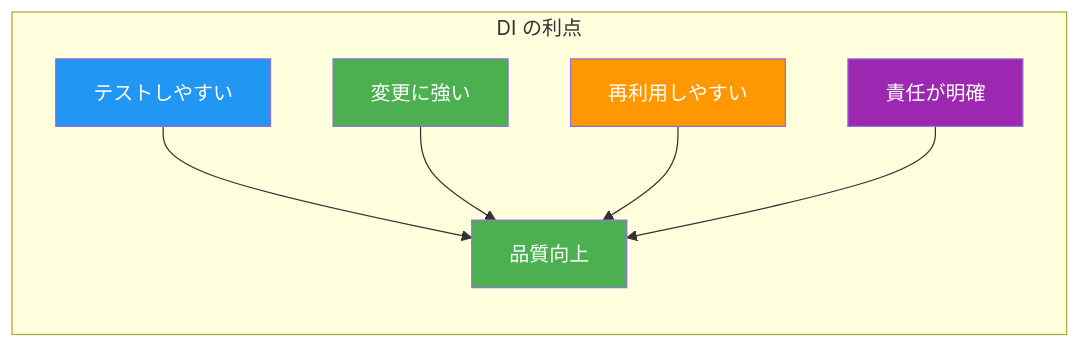
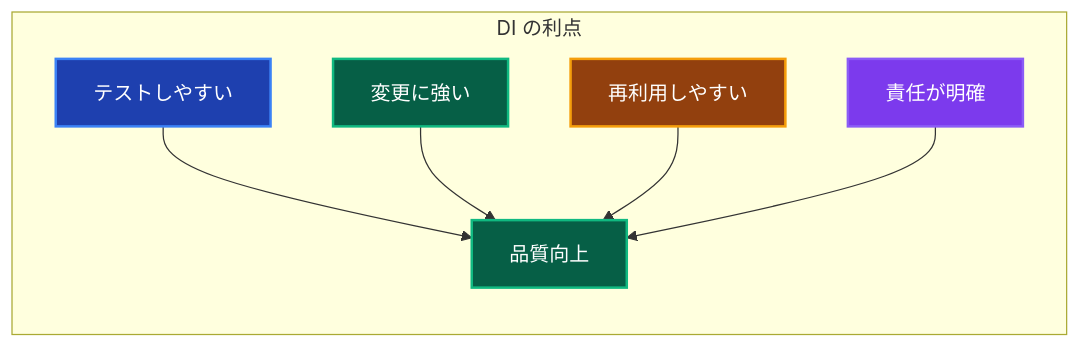
The second of 12 diagrams in _DOCS/guides/ddd/concepts/whats-di.md (derushio/d-next-ddd-example), drawn with Mermaid before and after one commit. The commit also changed other lines of this file and 31 other files, not shown here.

Commit message:
🎨: DOCSのMermaid図表カラーテーマを暗色に統一し視認性を向上

````diff
--- a/_DOCS/guides/ddd/concepts/whats-di.md
+++ b/_DOCS/guides/ddd/concepts/whats-di.md
@@ -99,15 +99,15 @@
 ```mermaid
 graph LR
     subgraph "DI の利点"
         A[テストしやすい] --> D[品質向上]
         B[変更に強い] --> D
         C[再利用しやすい] --> D
         E[責任が明確] --> D
     end
     
-    style D fill:#4caf50,color:#fff
-    style A fill:#2196f3,color:#fff
-    style B fill:#4caf50,color:#fff
-    style C fill:#ff9800,color:#fff
-    style E fill:#9c27b0,color:#fff
+    style D fill:#065f46,stroke:#10b981,stroke-width:2px,color:#ffffff
+    style A fill:#1e40af,stroke:#3b82f6,stroke-width:2px,color:#ffffff
+    style B fill:#065f46,stroke:#10b981,stroke-width:2px,color:#ffffff
+    style C fill:#92400e,stroke:#f59e0b,stroke-width:2px,color:#ffffff
+    style E fill:#7c3aed,stroke:#8b5cf6,stroke-width:2px,color:#ffffff
 ```
````
